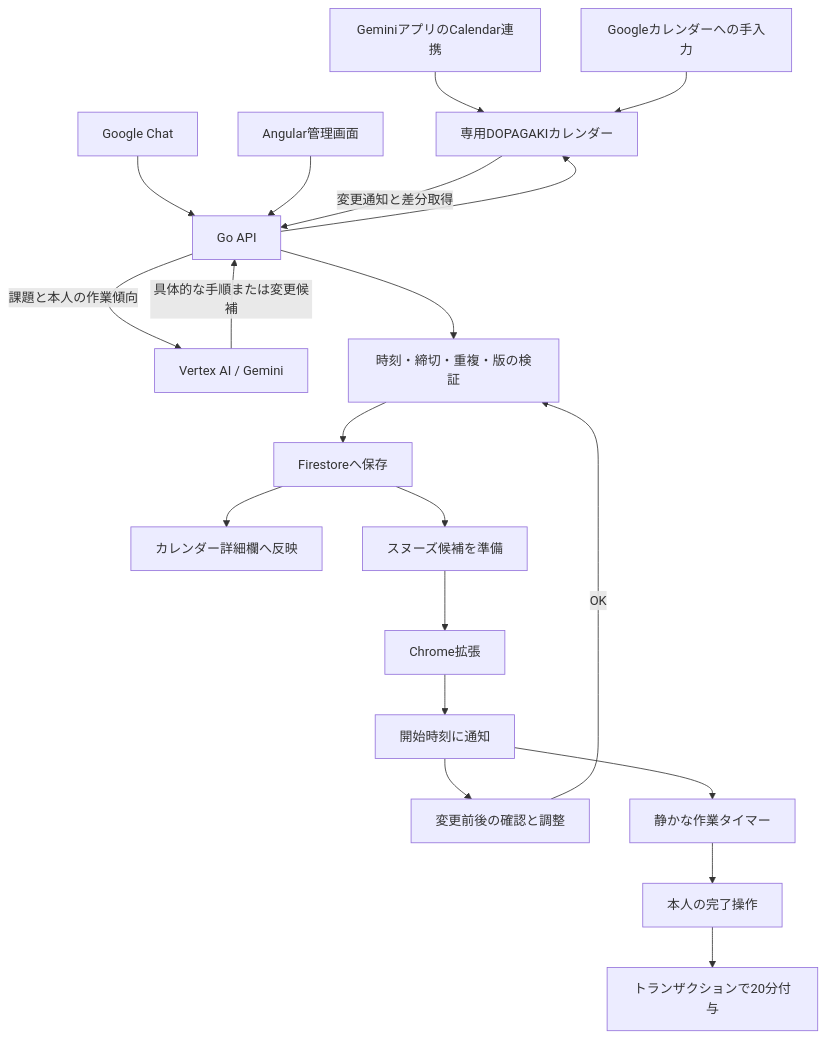
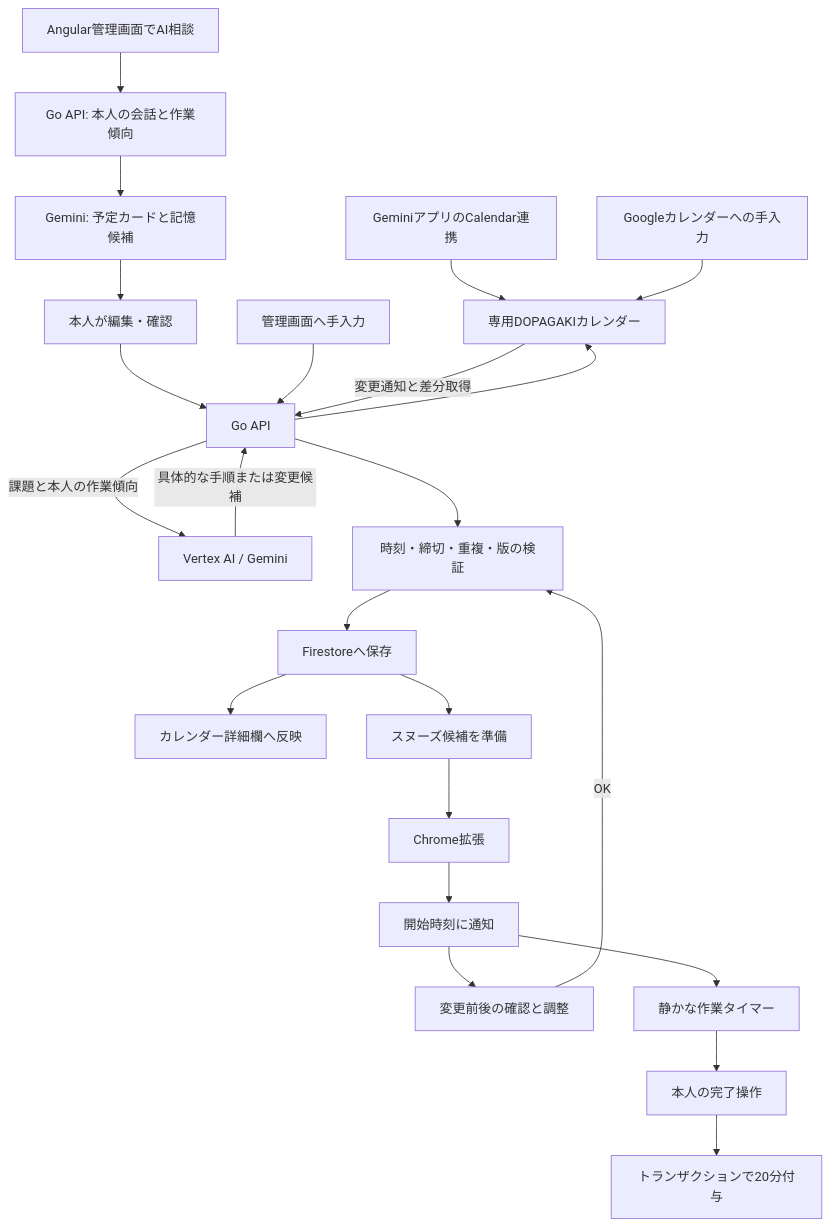
One commit to Devfest-Hackathon-2026/df-2026-t057 changed the diagram in engineering/architecture.md. Above: the diagram before and after it, drawn with Mermaid. The commit also changed other lines of this file and 34 other files, not shown here.

````diff
--- a/engineering/architecture.md
+++ b/engineering/architecture.md
@@ -40,22 +40,25 @@
 ```mermaid
 flowchart TD
   Gemini[GeminiアプリのCalendar連携] --> Cal[専用DOPAGAKIカレンダー]
   Manual[Googleカレンダーへの手入力] --> Cal
-  Chat[Google Chat] --> API[Go API]
-  Web[Angular管理画面] --> API
+  Web[Angular管理画面でAI相談] --> Consult[Go API: 本人の会話と作業傾向]
+  Consult --> Cards[Gemini: 予定カードと記憶候補]
+  Cards --> ConfirmCard[本人が編集・確認]
+  ConfirmCard --> API[Go API]
+  ManualWeb[管理画面へ手入力] --> API
   API --> Cal
   Cal -->|変更通知と差分取得| API
   API -->|課題と本人の作業傾向| AI[Vertex AI / Gemini]
   AI -->|具体的な手順または変更候補| API
   API --> Validate[時刻・締切・重複・版の検証]
   Validate --> DB[Firestoreへ保存]
   DB --> Detail[カレンダー詳細欄へ反映]
   DB --> Draft[スヌーズ候補を準備]
   Draft --> Ext[Chrome拡張]
   Ext --> Notice[開始時刻に通知]
   Notice --> Confirm[変更前後の確認と調整]
   Confirm -->|OK| Validate
   Notice --> Work[静かな作業タイマー]
   Work --> Complete[本人の完了操作]
   Complete --> Reward[トランザクションで20分付与]
 ```
````
